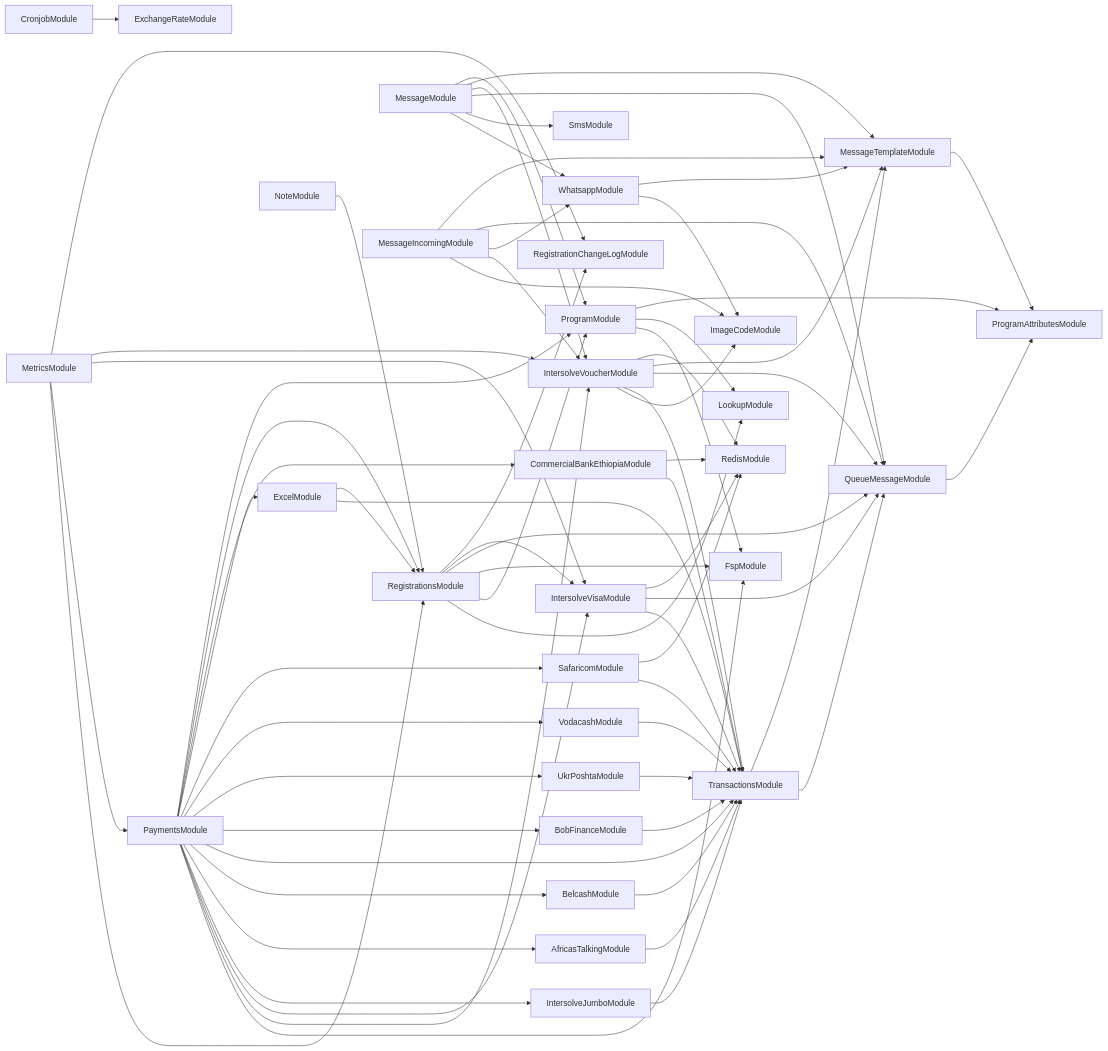
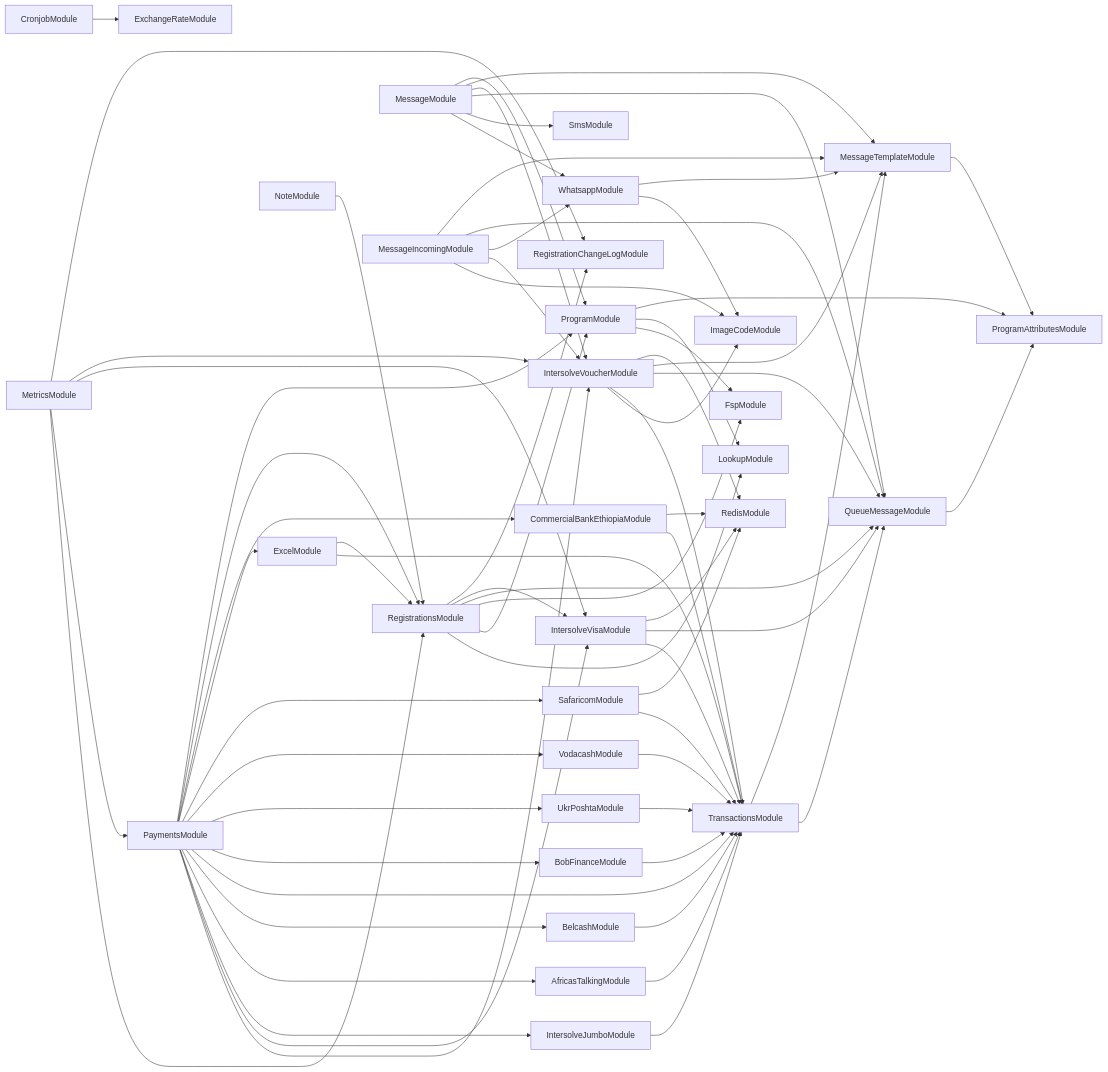
Before and after one commit to global-121/121-platform: the diagram in services/121-service/module-dependencies.md, drawn with Mermaid. The commit also changed 8 other files, not shown here.

````diff
--- a/services/121-service/module-dependencies.md
+++ b/services/121-service/module-dependencies.md
@@ -3,71 +3,70 @@
 ```mermaid
 graph LR
   ProgramModule-->FspModule
   ProgramModule-->LookupModule
   ProgramModule-->ProgramAttributesModule
   MessageTemplateModule-->ProgramAttributesModule
   CronjobModule-->ExchangeRateModule
   RegistrationsModule-->LookupModule
   RegistrationsModule-->ProgramModule
   RegistrationsModule-->FspModule
   RegistrationsModule-->QueueMessageModule
   QueueMessageModule-->ProgramAttributesModule
   RegistrationsModule-->IntersolveVisaModule
   IntersolveVisaModule-->TransactionsModule
   TransactionsModule-->QueueMessageModule
   TransactionsModule-->MessageTemplateModule
   IntersolveVisaModule-->QueueMessageModule
   IntersolveVisaModule-->RedisModule
   RegistrationsModule-->RegistrationChangeLogModule
   MessageModule-->WhatsappModule
   WhatsappModule-->ImageCodeModule
   WhatsappModule-->MessageTemplateModule
   MessageModule-->SmsModule
   MessageModule-->QueueMessageModule
   MessageModule-->IntersolveVoucherModule
   IntersolveVoucherModule-->ImageCodeModule
   IntersolveVoucherModule-->TransactionsModule
   IntersolveVoucherModule-->QueueMessageModule
   IntersolveVoucherModule-->MessageTemplateModule
   IntersolveVoucherModule-->RedisModule
   MessageModule-->MessageTemplateModule
   MessageModule-->ProgramModule
   MetricsModule-->RegistrationsModule
   MetricsModule-->PaymentsModule
-  PaymentsModule-->FspModule
   PaymentsModule-->IntersolveVoucherModule
   PaymentsModule-->IntersolveVisaModule
   PaymentsModule-->IntersolveJumboModule
   IntersolveJumboModule-->TransactionsModule
   PaymentsModule-->AfricasTalkingModule
   AfricasTalkingModule-->TransactionsModule
   PaymentsModule-->BelcashModule
   BelcashModule-->TransactionsModule
   PaymentsModule-->TransactionsModule
   PaymentsModule-->BobFinanceModule
   BobFinanceModule-->TransactionsModule
   PaymentsModule-->UkrPoshtaModule
   UkrPoshtaModule-->TransactionsModule
   PaymentsModule-->VodacashModule
   VodacashModule-->TransactionsModule
   PaymentsModule-->SafaricomModule
   SafaricomModule-->TransactionsModule
   SafaricomModule-->RedisModule
   PaymentsModule-->ExcelModule
   ExcelModule-->TransactionsModule
   ExcelModule-->RegistrationsModule
   PaymentsModule-->CommercialBankEthiopiaModule
   CommercialBankEthiopiaModule-->TransactionsModule
   CommercialBankEthiopiaModule-->RedisModule
   PaymentsModule-->RegistrationsModule
   PaymentsModule-->ProgramModule
   MetricsModule-->IntersolveVisaModule
   MetricsModule-->IntersolveVoucherModule
   MetricsModule-->RegistrationChangeLogModule
   MessageIncomingModule-->ImageCodeModule
   MessageIncomingModule-->IntersolveVoucherModule
   MessageIncomingModule-->WhatsappModule
   MessageIncomingModule-->QueueMessageModule
   MessageIncomingModule-->MessageTemplateModule
   NoteModule-->RegistrationsModule
 ```
````
